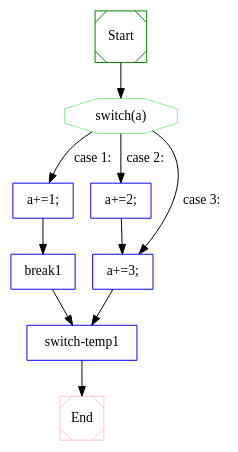
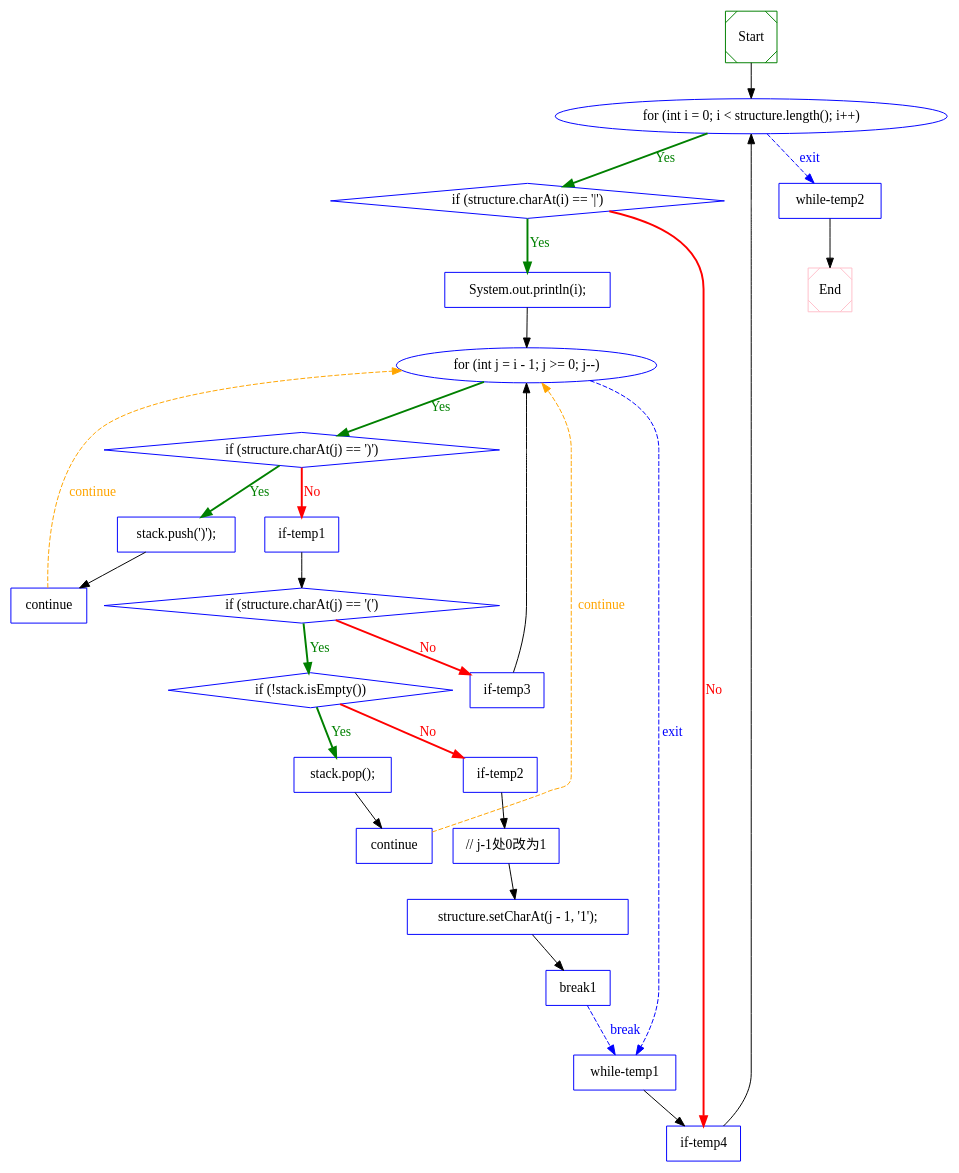
Before and after one commit to Naplues/Static-Analysis: the diagram in out/test.dot, drawn with Graphviz. The commit also changed 10 other files, not shown here.

```diff
--- a/out/test.dot
+++ b/out/test.dot
@@ -1,27 +1,73 @@
 digraph CFG {
  1  [shape = Msquare, color = green, label = "Start", ]
- 2  [shape = octagon, color = lightgreen, label = "switch(a)", ]
- 3  [shape = box, color = blue, label = "a+=1;", ]
- 4  [shape = box, color = blue, label = "break1", ]
- 5  [shape = box, color = blue, label = "a+=2;", ]
- 6  [shape = box, color = blue, label = "a+=3;", ]
- 7  [shape = box, color = blue, label = "switch-temp1", ]
- 8  [shape = Msquare, color = pink, label = "End", ]
+ 2  [shape = ellipse, color = blue, label = "for (int i = 0; i < structure.length(); i++)", ]
+ 3  [shape = diamond, color = blue, label = "if (structure.charAt(i) == '|')", ]
+ 4  [shape = box, color = blue, label = "System.out.println(i);", ]
+ 5  [shape = ellipse, color = blue, label = "for (int j = i - 1; j >= 0; j--)", ]
+ 6  [shape = diamond, color = blue, label = "if (structure.charAt(j) == ')')", ]
+ 7  [shape = box, color = blue, label = "stack.push(')');", ]
+ 8  [shape = box, color = blue, label = "continue", ]
+ 9  [shape = box, color = blue, label = "if-temp1", ]
+ 10  [shape = diamond, color = blue, label = "if (structure.charAt(j) == '(')", ]
+ 11  [shape = diamond, color = blue, label = "if (!stack.isEmpty())", ]
+ 12  [shape = box, color = blue, label = "stack.pop();", ]
+ 13  [shape = box, color = blue, label = "continue", ]
+ 14  [shape = box, color = blue, label = "if-temp2", ]
+ 15  [shape = box, color = blue, label = "// j-1处0改为1", ]
+ 16  [shape = box, color = blue, label = "structure.setCharAt(j - 1, '1');", ]
+ 17  [shape = box, color = blue, label = "break1", ]
+ 18  [shape = box, color = blue, label = "if-temp3", ]
+ 19  [shape = box, color = blue, label = "while-temp1", ]
+ 20  [shape = box, color = blue, label = "if-temp4", ]
+ 21  [shape = box, color = blue, label = "while-temp2", ]
+ 22  [shape = Msquare, color = pink, label = "End", ]
  1  ->  2  [style = solid, label="", fillcolor = black, color = black, fontcolor = black]
 
- 2  ->  6  [style = solid, label="case 3:", fillcolor = black, color = black, fontcolor = black]
- 2  ->  5  [style = solid, label="case 2:", fillcolor = black, color = black, fontcolor = black]
- 2  ->  3  [style = solid, label="case 1:", fillcolor = black, color = black, fontcolor = black]
+ 2  ->  21  [style = dashed, label="exit", fillcolor = blue, color = blue, fontcolor = blue]
+ 2  ->  3  [style = bold, label="Yes", fillcolor = green, color = green, fontcolor = green]
 
- 3  ->  4  [style = solid, label="", fillcolor = black, color = black, fontcolor = black]
+ 3  ->  20  [style = bold, label="No", fillcolor = red, color = red, fontcolor = red]
+ 3  ->  4  [style = bold, label="Yes", fillcolor = green, color = green, fontcolor = green]
 
- 4  ->  7  [style = solid, label="", fillcolor = black, color = black, fontcolor = black]
+ 4  ->  5  [style = solid, label="", fillcolor = black, color = black, fontcolor = black]
 
- 5  ->  6  [style = solid, label="", fillcolor = black, color = black, fontcolor = black]
+ 5  ->  19  [style = dashed, label="exit", fillcolor = blue, color = blue, fontcolor = blue]
+ 5  ->  6  [style = bold, label="Yes", fillcolor = green, color = green, fontcolor = green]
 
- 6  ->  7  [style = solid, label="", fillcolor = black, color = black, fontcolor = black]
+ 6  ->  9  [style = bold, label="No", fillcolor = red, color = red, fontcolor = red]
+ 6  ->  7  [style = bold, label="Yes", fillcolor = green, color = green, fontcolor = green]
 
  7  ->  8  [style = solid, label="", fillcolor = black, color = black, fontcolor = black]
 
+ 8  ->  5  [style = dashed, label="continue", fillcolor = orange, color = orange, fontcolor = orange]
+
+ 9  ->  10  [style = solid, label="", fillcolor = black, color = black, fontcolor = black]
+
+ 10  ->  18  [style = bold, label="No", fillcolor = red, color = red, fontcolor = red]
+ 10  ->  11  [style = bold, label="Yes", fillcolor = green, color = green, fontcolor = green]
+
+ 11  ->  14  [style = bold, label="No", fillcolor = red, color = red, fontcolor = red]
+ 11  ->  12  [style = bold, label="Yes", fillcolor = green, color = green, fontcolor = green]
+
+ 12  ->  13  [style = solid, label="", fillcolor = black, color = black, fontcolor = black]
+
+ 13  ->  5  [style = dashed, label="continue", fillcolor = orange, color = orange, fontcolor = orange]
+
+ 14  ->  15  [style = solid, label="", fillcolor = black, color = black, fontcolor = black]
+
+ 15  ->  16  [style = solid, label="", fillcolor = black, color = black, fontcolor = black]
+
+ 16  ->  17  [style = solid, label="", fillcolor = black, color = black, fontcolor = black]
+
+ 17  ->  19  [style = dashed, label="break", fillcolor = blue, color = blue, fontcolor = blue]
+
+ 18  ->  5  [style = solid, label="", fillcolor = black, color = black, fontcolor = black]
+
+ 19  ->  20  [style = solid, label="", fillcolor = black, color = black, fontcolor = black]
+
+ 20  ->  2  [style = solid, label="", fillcolor = black, color = black, fontcolor = black]
+
+ 21  ->  22  [style = solid, label="", fillcolor = black, color = black, fontcolor = black]
+
 
 }
```
